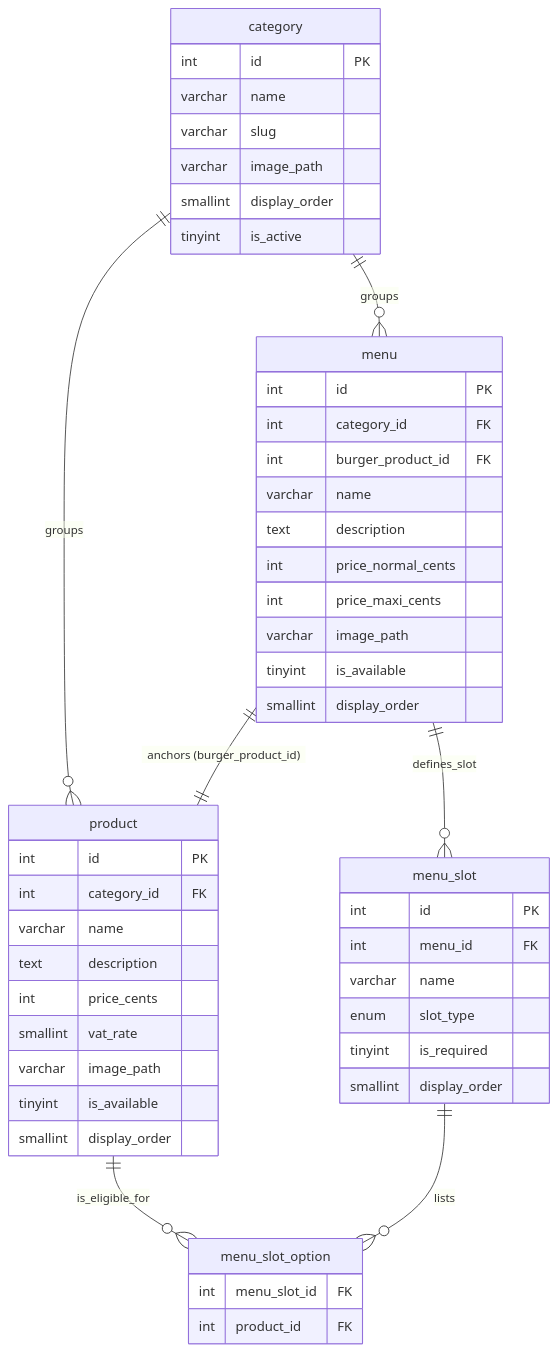
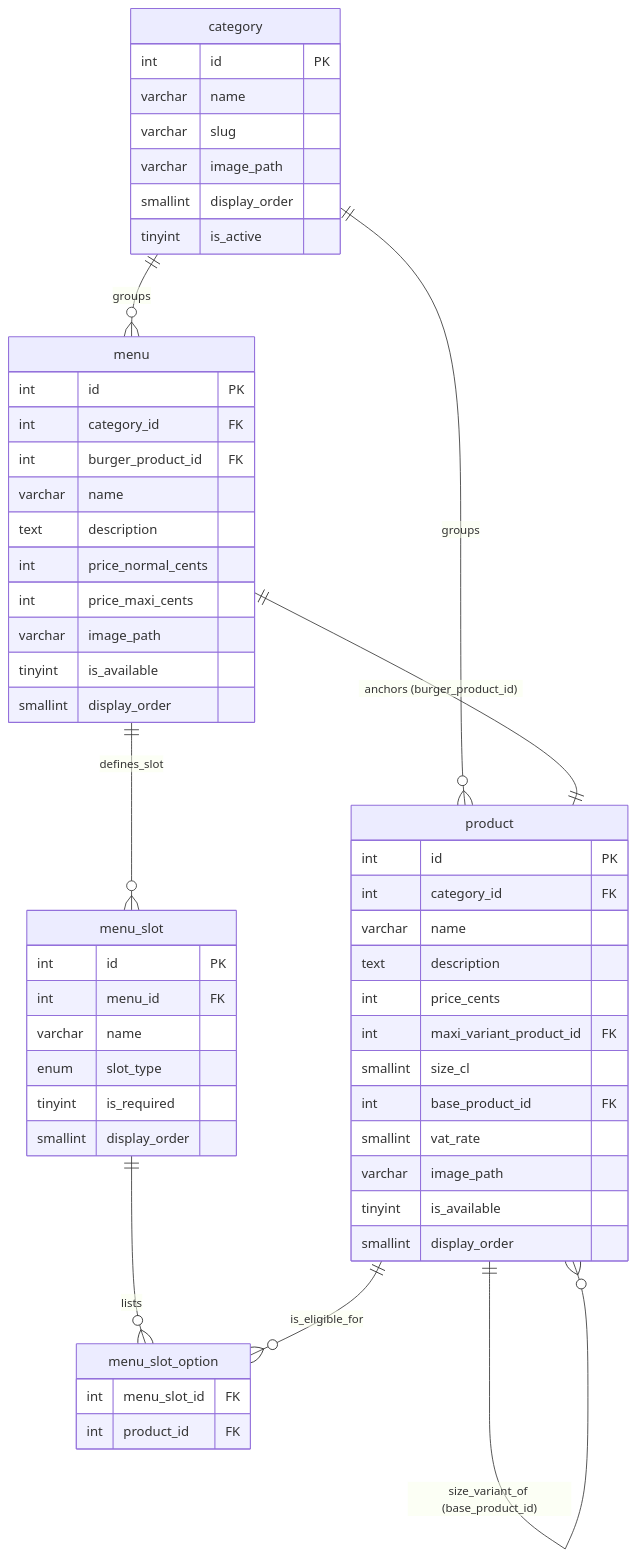
The first of 4 diagrams in docs/merise/mcd.md (AcadeNice/wakdo_corentin), drawn with Mermaid before and after one commit. The commit also changed other lines of this file and 11 other files, not shown here.

````diff
--- a/docs/merise/mcd.md
+++ b/docs/merise/mcd.md
@@ -98,53 +98,58 @@
 ```mermaid
 erDiagram
     category {
         int id PK
         varchar name
         varchar slug
         varchar image_path
         smallint display_order
         tinyint is_active
     }
     product {
         int id PK
         int category_id FK
         varchar name
         text description
         int price_cents
+        int maxi_variant_product_id FK
+        smallint size_cl
+        int base_product_id FK
         smallint vat_rate
         varchar image_path
         tinyint is_available
         smallint display_order
     }
     menu {
         int id PK
         int category_id FK
         int burger_product_id FK
         varchar name
         text description
         int price_normal_cents
         int price_maxi_cents
         varchar image_path
         tinyint is_available
         smallint display_order
     }
     menu_slot {
         int id PK
         int menu_id FK
         varchar name
         enum slot_type
         tinyint is_required
         smallint display_order
     }
     menu_slot_option {
         int menu_slot_id FK
         int product_id FK
     }
 
     category ||--o{ product : "groups"
     category ||--o{ menu : "groups"
     menu ||--|| product : "anchors (burger_product_id)"
+    product ||--o{ product : "maxi_variant (maxi_variant_product_id)"
+    product ||--o{ product : "size_variant_of (base_product_id)"
     menu ||--o{ menu_slot : "defines_slot"
     menu_slot ||--o{ menu_slot_option : "lists"
     product ||--o{ menu_slot_option : "is_eligible_for"
 ```
````
